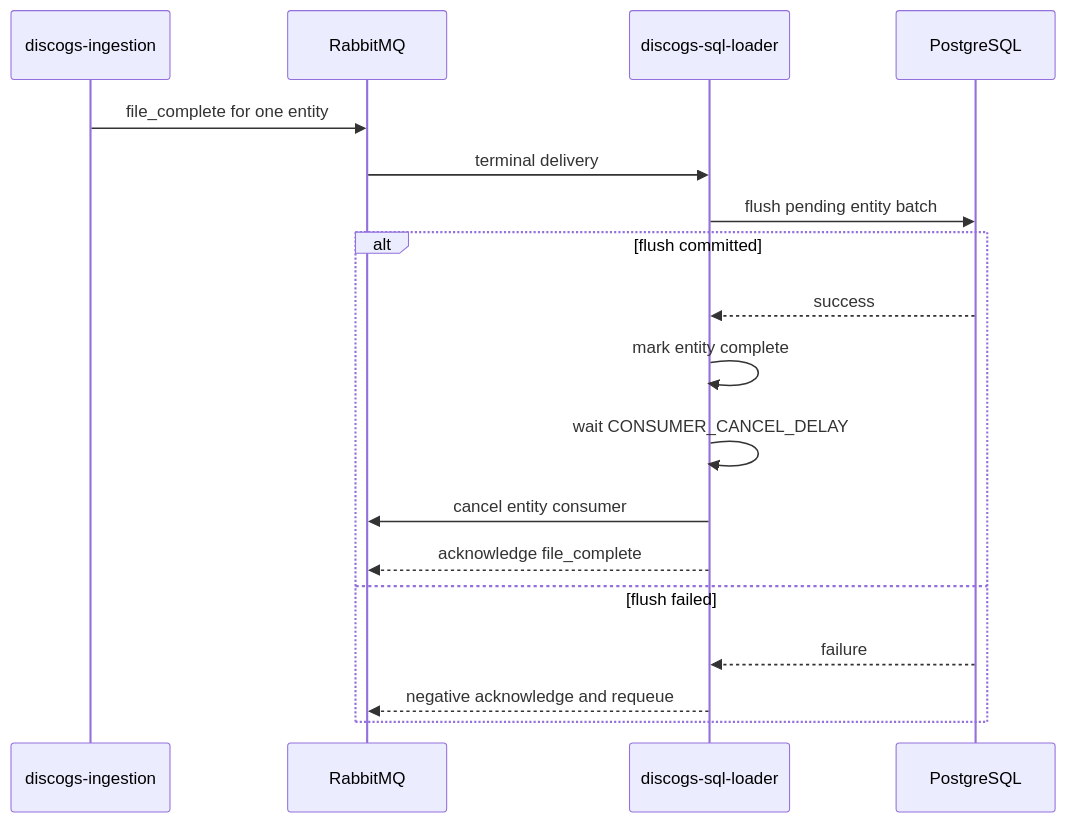
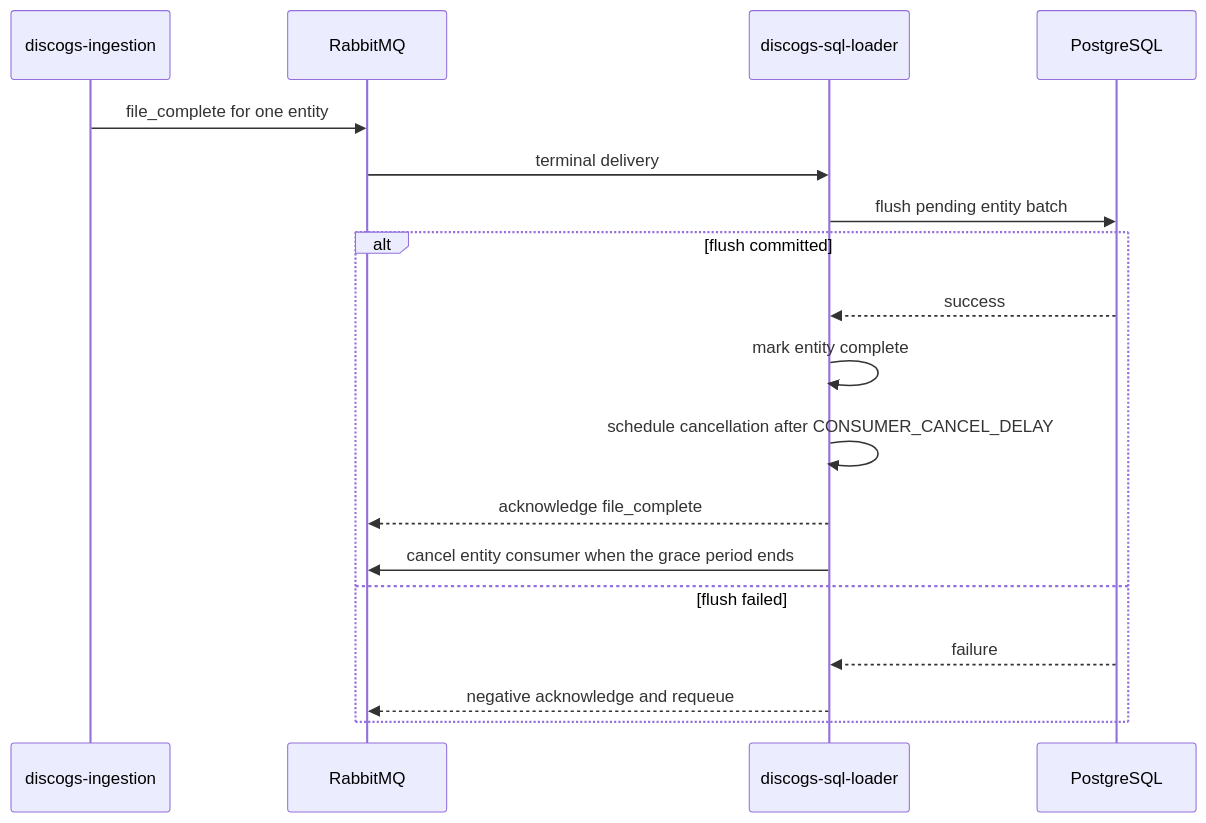
The diagram in docs/consumer-cancellation.md (groovemap-music/discogs-sql-loader), drawn with Mermaid before and after one commit. The commit also changed 15 other files, not shown here.

````diff
--- a/docs/consumer-cancellation.md
+++ b/docs/consumer-cancellation.md
@@ -6,21 +6,21 @@
 ```mermaid
 sequenceDiagram
     participant I as discogs-ingestion
     participant R as RabbitMQ
     participant L as discogs-sql-loader
     participant P as PostgreSQL
 
     I->>R: file_complete for one entity
     R->>L: terminal delivery
     L->>P: flush pending entity batch
     alt flush committed
         P-->>L: success
         L->>L: mark entity complete
-        L->>L: wait CONSUMER_CANCEL_DELAY
-        L->>R: cancel entity consumer
+        L->>L: schedule cancellation after CONSUMER_CANCEL_DELAY
         L-->>R: acknowledge file_complete
+        L->>R: cancel entity consumer when the grace period ends
     else flush failed
         P-->>L: failure
         L-->>R: negative acknowledge and requeue
     end
 ```
````
